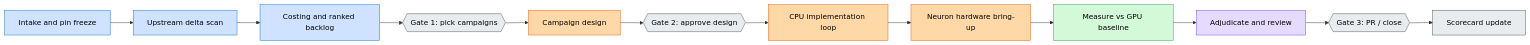
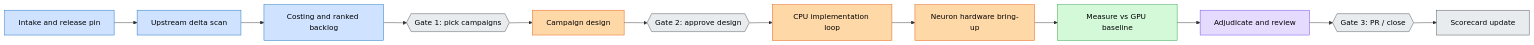
One commit to jinhuang12/pave changed the first of 7 diagrams in generated-plugins/vllm-neuron-parity/README.md. Above: the diagram before and after it, drawn with Mermaid. The commit also changed other lines of this file and 33 other files, not shown here.

````diff
--- a/generated-plugins/vllm-neuron-parity/README.md
+++ b/generated-plugins/vllm-neuron-parity/README.md
@@ -105,24 +136,24 @@
 ```mermaid
 flowchart LR
-  A[Intake and pin freeze] --> B[Upstream delta scan]
+  A[Intake and release pin] --> B[Upstream delta scan]
   B --> C[Costing and ranked backlog]
   C --> D{{Gate 1: pick campaigns}}
   D --> E[Campaign design]
   E --> F{{Gate 2: approve design}}
   F --> G[CPU implementation loop]
   G --> H[Neuron hardware bring-up]
   H --> I[Measure vs GPU baseline]
   I --> J[Adjudicate and review]
   J --> K{{Gate 3: PR / close}}
   K --> L[Scorecard update]
   class A,B,C cInv
   class E,G,H cImpl
   class I cMeas
   class J cAdj
   class D,F,K,L cGate
   classDef cInv fill:#cfe2ff,stroke:#1971c2,color:#000
   classDef cImpl fill:#ffd8a8,stroke:#e8590c,color:#000
   classDef cMeas fill:#d3f9d8,stroke:#2f9e44,color:#000
   classDef cAdj fill:#e5dbff,stroke:#7048e8,color:#000
   classDef cGate fill:#e9ecef,stroke:#495057,color:#000
 ```
````
